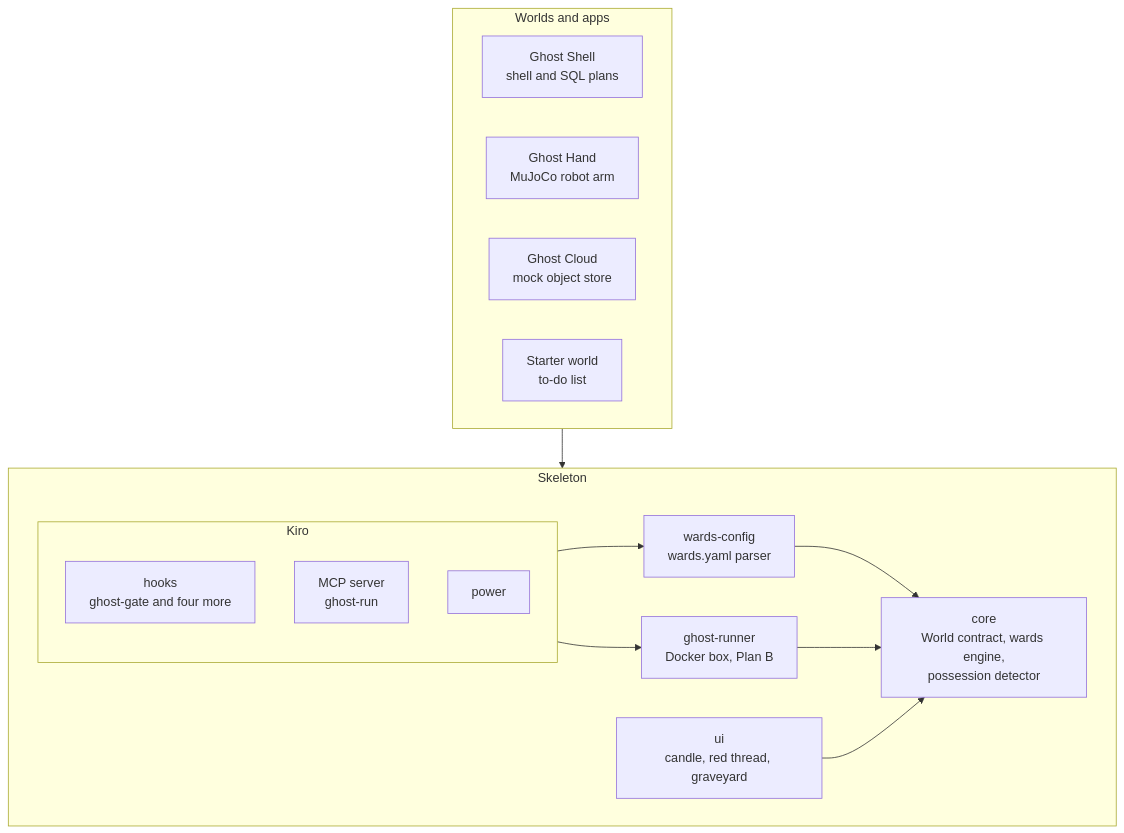
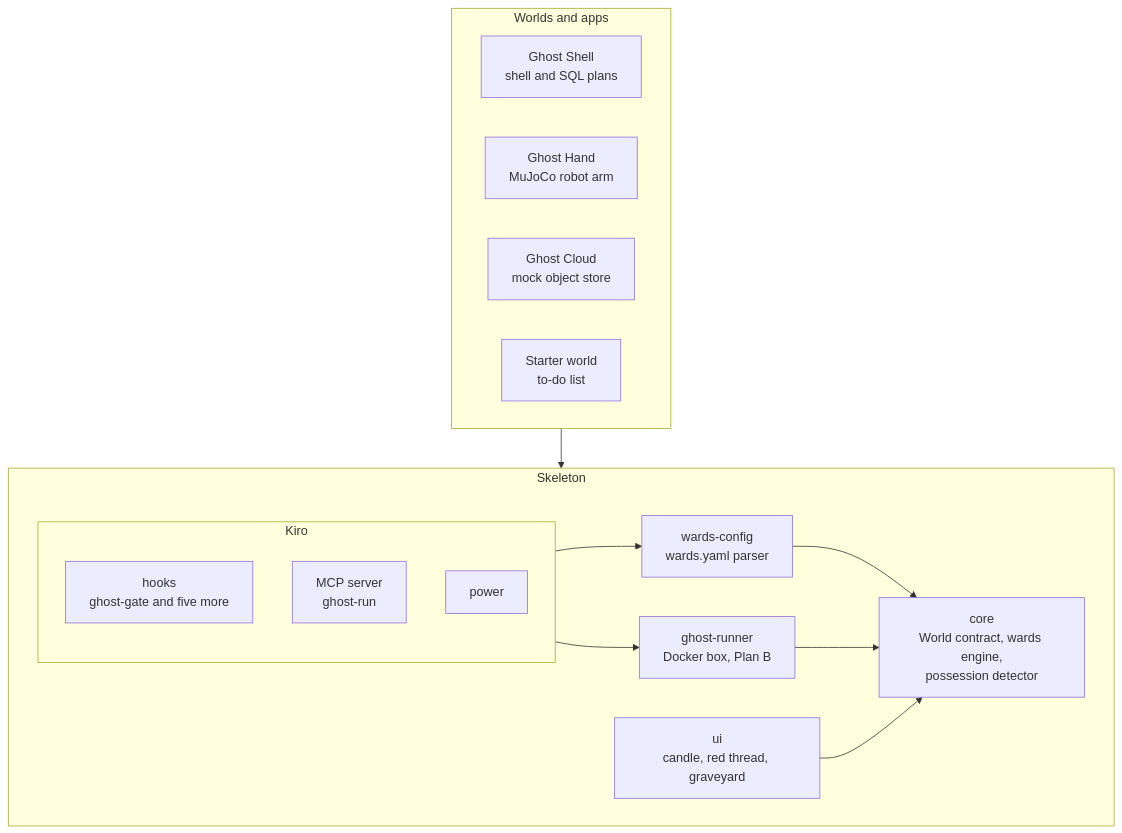
One commit to SungHyunC/ghost-run changed the diagram in README.md. Above: the diagram before and after it, drawn with Mermaid. The commit also changed other lines of this file and 4 other files, not shown here.

Commit message:
docs: README shows the Kiro block and the two apps (gallery images made with Claude Code, listed in built-with-kiro), the starter's 'Change a rule' step, six hooks in the diagram, and the Ghost Hand app README; .gitignore comments in English

````diff
--- a/README.md
+++ b/README.md
@@ -11,26 +13,26 @@
 ```mermaid
 flowchart TB
   subgraph worlds["Worlds and apps"]
     GS["Ghost Shell<br/>shell and SQL plans"]
     GH["Ghost Hand<br/>MuJoCo robot arm"]
     GC["Ghost Cloud<br/>mock object store"]
     ST["Starter world<br/>to-do list"]
   end
   subgraph skeleton["Skeleton"]
     CORE["core<br/>World contract, wards engine,<br/>possession detector"]
     WC["wards-config<br/>wards.yaml parser"]
     GR["ghost-runner<br/>Docker box, Plan B"]
     UI["ui<br/>candle, red thread, graveyard"]
     subgraph kiro["Kiro"]
-      HK["hooks<br/>ghost-gate and four more"]
+      HK["hooks<br/>ghost-gate and five more"]
       MCP["MCP server<br/>ghost-run"]
       PW["power"]
     end
   end
   worlds --> skeleton
   WC --> CORE
   GR --> CORE
   UI --> CORE
   kiro --> GR
   kiro --> WC
 ```
````
